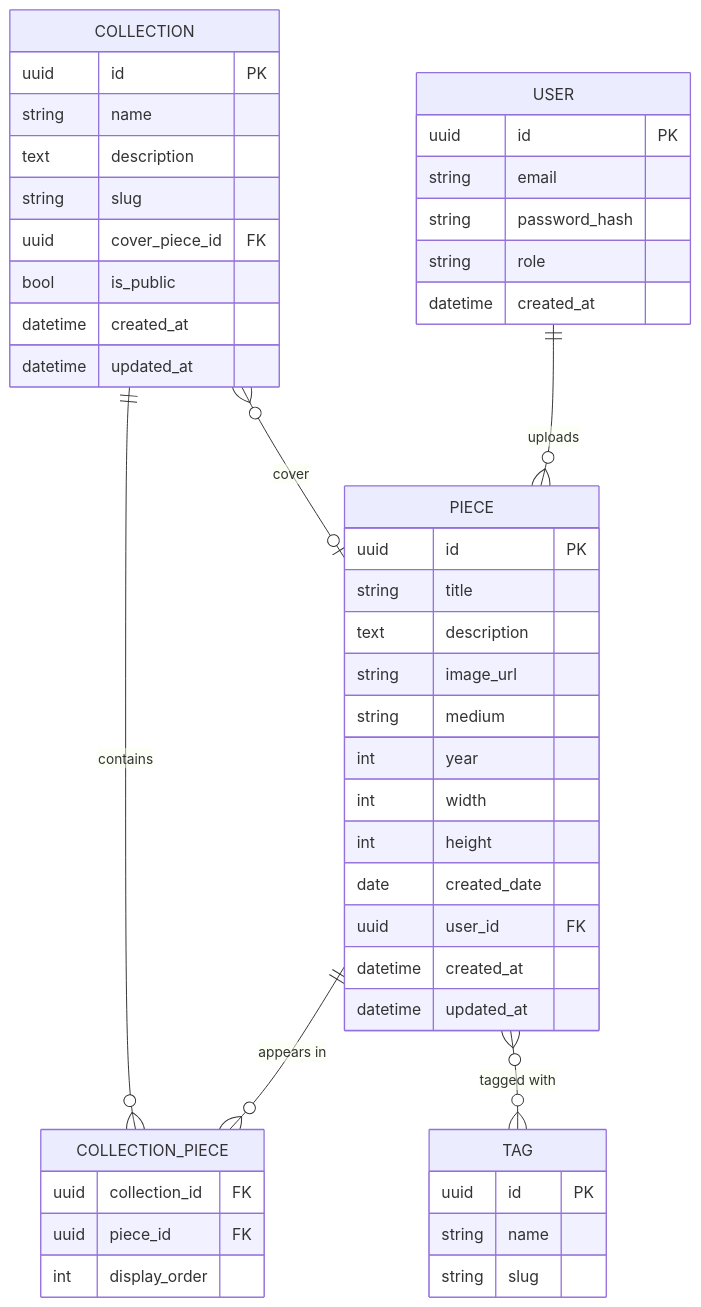
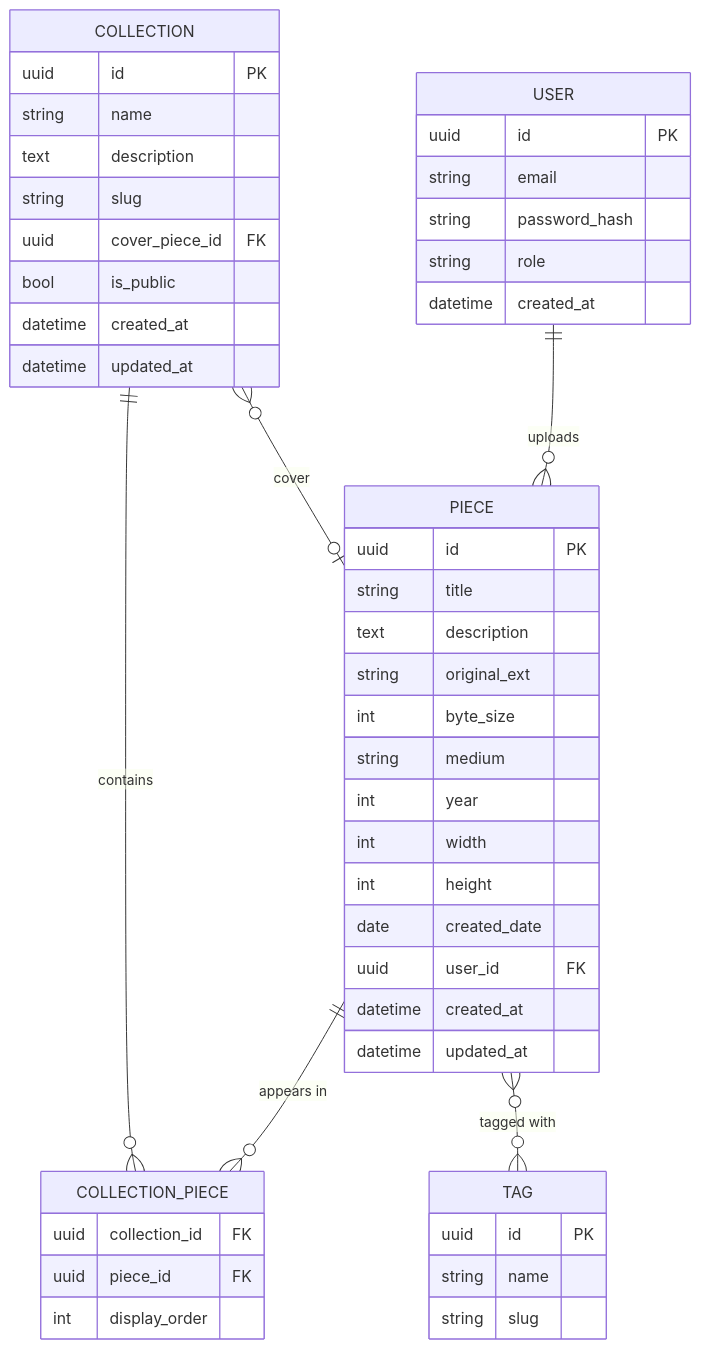
Before and after one commit to Yanco-X/drawing-art-gallery: the second of 2 diagrams in context/project-overview.md, drawn with Mermaid. The commit also changed other lines of this file and 45 other files, not shown here.

Commit message:
feat: implement foundational project structure, backend services, and initial frontend components. added upload feature and delete piece feature. implemented MinIO storage and database correction stop using image_url, and use now key

````diff
--- a/context/project-overview.md
+++ b/context/project-overview.md
@@ -77,50 +77,51 @@
 ```mermaid
 erDiagram
     USER ||--o{ PIECE : uploads
     PIECE ||--o{ COLLECTION_PIECE : "appears in"
     COLLECTION ||--o{ COLLECTION_PIECE : "contains"
     COLLECTION }o--o| PIECE : "cover"
     PIECE }o--o{ TAG : "tagged with"
 
     USER {
         uuid id PK
         string email
         string password_hash
         string role
         datetime created_at
     }
     PIECE {
         uuid id PK
         string title
         text description
-        string image_url
+        string original_ext
+        int byte_size
         string medium
         int year
         int width
         int height
         date created_date
         uuid user_id FK
         datetime created_at
         datetime updated_at
     }
     COLLECTION {
         uuid id PK
         string name
         text description
         string slug
         uuid cover_piece_id FK
         bool is_public
         datetime created_at
         datetime updated_at
     }
     COLLECTION_PIECE {
         uuid collection_id FK
         uuid piece_id FK
         int display_order
     }
     TAG {
         uuid id PK
         string name
         string slug
     }
 ```
````
